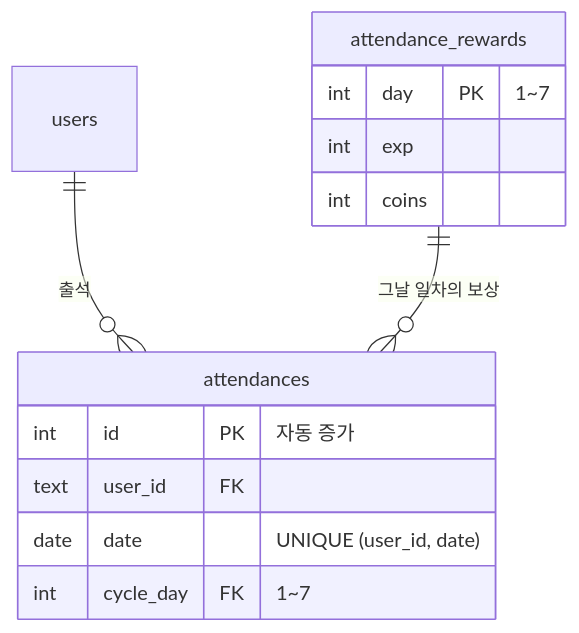
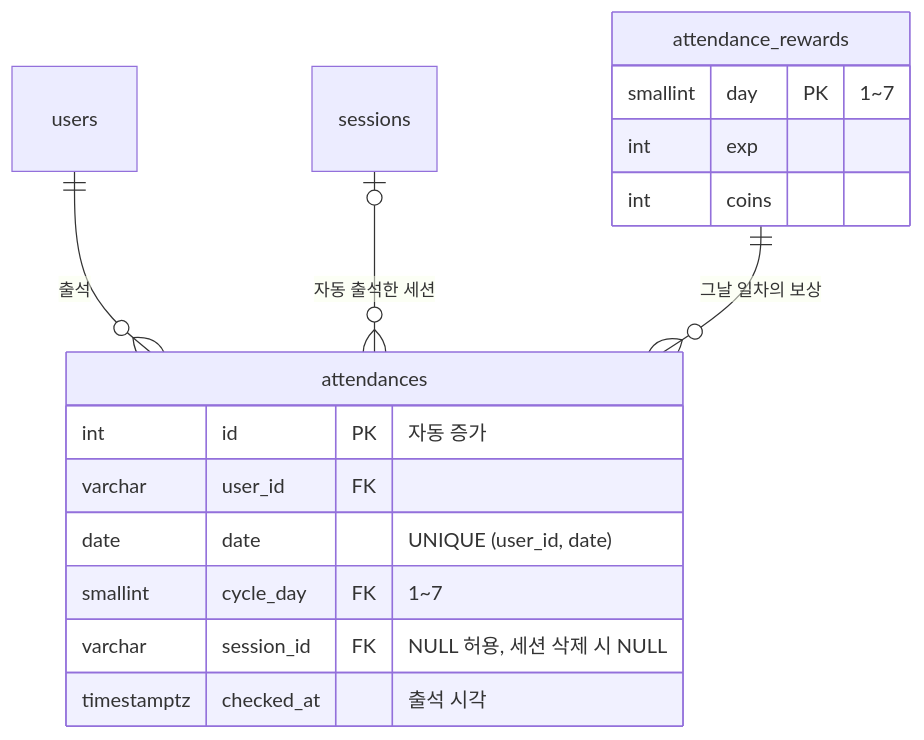
The second of 2 diagrams in docs/02-erd.md (wcblogville/blogville), drawn with Mermaid before and after one commit. The commit also changed other lines of this file and 1 other file, not shown here.

Commit message:
문서: 출석을 로그인 세션으로 자동 기록 (session_id, checked_at), 변경안 컬럼 타입

````diff
--- a/docs/02-erd.md
+++ b/docs/02-erd.md
@@ -396,17 +396,20 @@
 ```mermaid
 erDiagram
     users ||--o{ attendances : "출석"
+    sessions |o--o{ attendances : "자동 출석한 세션"
     attendance_rewards ||--o{ attendances : "그날 일차의 보상"
 
     attendances {
         int id PK "자동 증가"
-        text user_id FK
+        varchar user_id FK
         date date "UNIQUE (user_id, date)"
-        int cycle_day FK "1~7"
+        smallint cycle_day FK "1~7"
+        varchar session_id FK "NULL 허용, 세션 삭제 시 NULL"
+        timestamptz checked_at "출석 시각"
     }
     attendance_rewards {
-        int day PK "1~7"
+        smallint day PK "1~7"
         int exp
         int coins
     }
 ```
````
